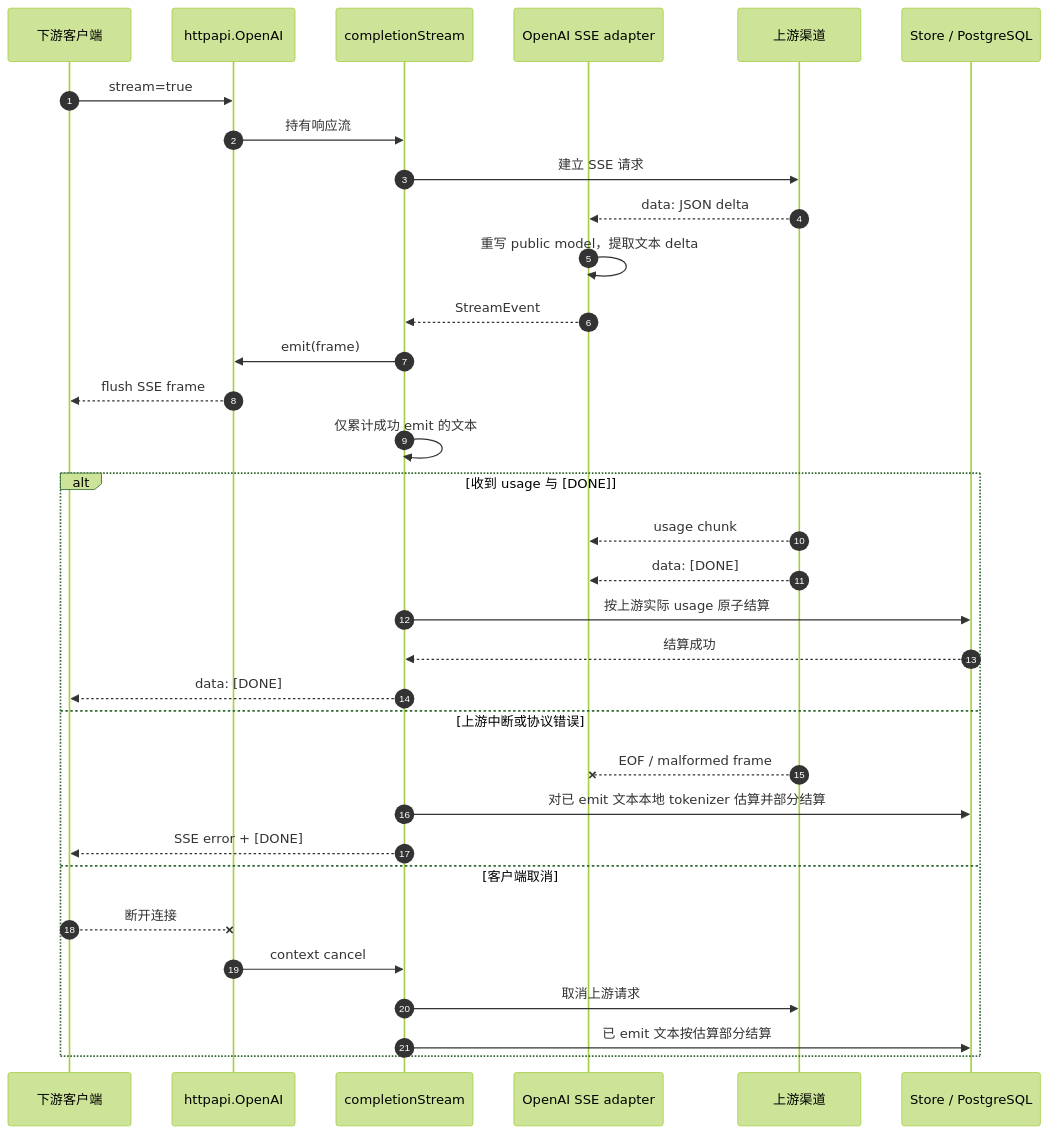
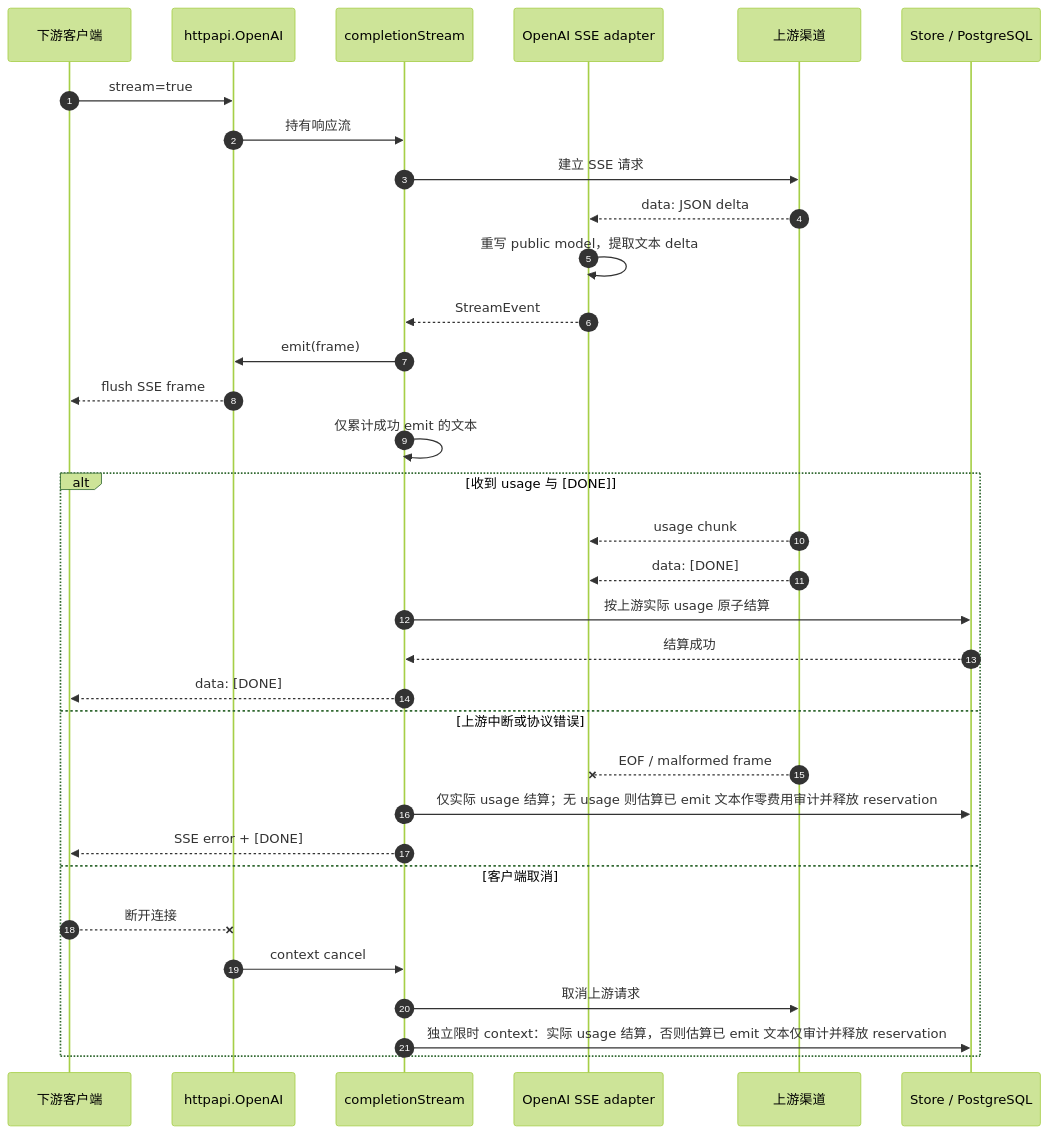
Before and after one commit to epoch-fresh-2026/LLMGateway: the fourth of 6 diagrams in docs/module-boundaries-and-dataflow.md, drawn with Mermaid (forest theme). The commit also changed other lines of this file and 38 other files, not shown here.

````diff
--- a/docs/module-boundaries-and-dataflow.md
+++ b/docs/module-boundaries-and-dataflow.md
@@ -192,37 +192,37 @@
 ```mermaid
 sequenceDiagram
     autonumber
     participant Client as 下游客户端
     participant HTTP as httpapi.OpenAI
     participant Stream as completionStream
     participant Adapter as OpenAI SSE adapter
     participant Upstream as 上游渠道
     participant Store as Store / PostgreSQL
 
     Client->>HTTP: stream=true
     HTTP->>Stream: 持有响应流
     Stream->>Upstream: 建立 SSE 请求
     Upstream-->>Adapter: data: JSON delta
     Adapter->>Adapter: 重写 public model，提取文本 delta
     Adapter-->>Stream: StreamEvent
     Stream->>HTTP: emit(frame)
     HTTP-->>Client: flush SSE frame
     Stream->>Stream: 仅累计成功 emit 的文本
 
     alt 收到 usage 与 [DONE]
         Upstream-->>Adapter: usage chunk
         Upstream-->>Adapter: data: [DONE]
         Stream->>Store: 按上游实际 usage 原子结算
         Store-->>Stream: 结算成功
         Stream-->>Client: data: [DONE]
     else 上游中断或协议错误
         Upstream--xAdapter: EOF / malformed frame
-        Stream->>Store: 对已 emit 文本本地 tokenizer 估算并部分结算
+        Stream->>Store: 仅实际 usage 结算；无 usage 则估算已 emit 文本作零费用审计并释放 reservation
         Stream-->>Client: SSE error + [DONE]
     else 客户端取消
         Client--xHTTP: 断开连接
         HTTP->>Stream: context cancel
         Stream->>Upstream: 取消上游请求
-        Stream->>Store: 已 emit 文本按估算部分结算
+        Stream->>Store: 独立限时 context：实际 usage 结算，否则估算已 emit 文本仅审计并释放 reservation
     end
 ```
````
